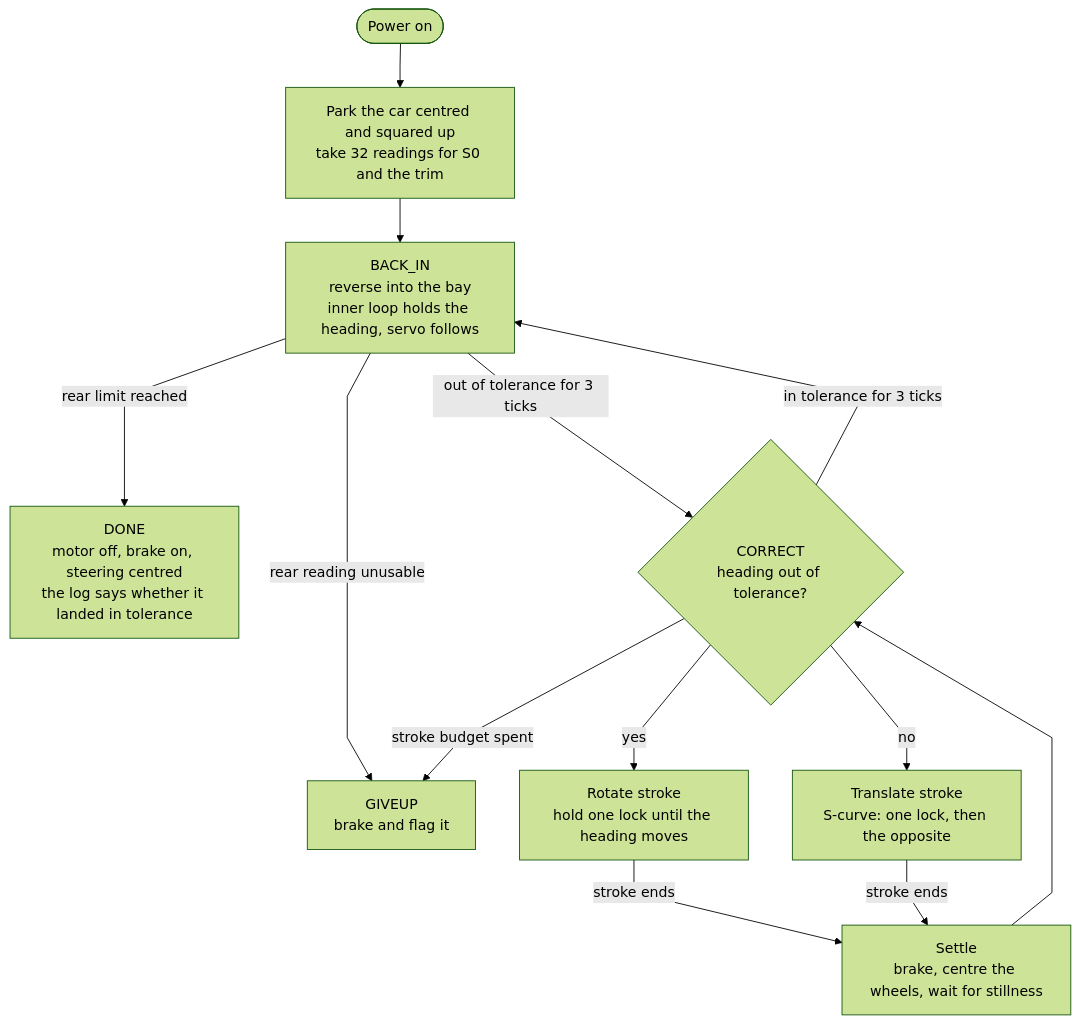
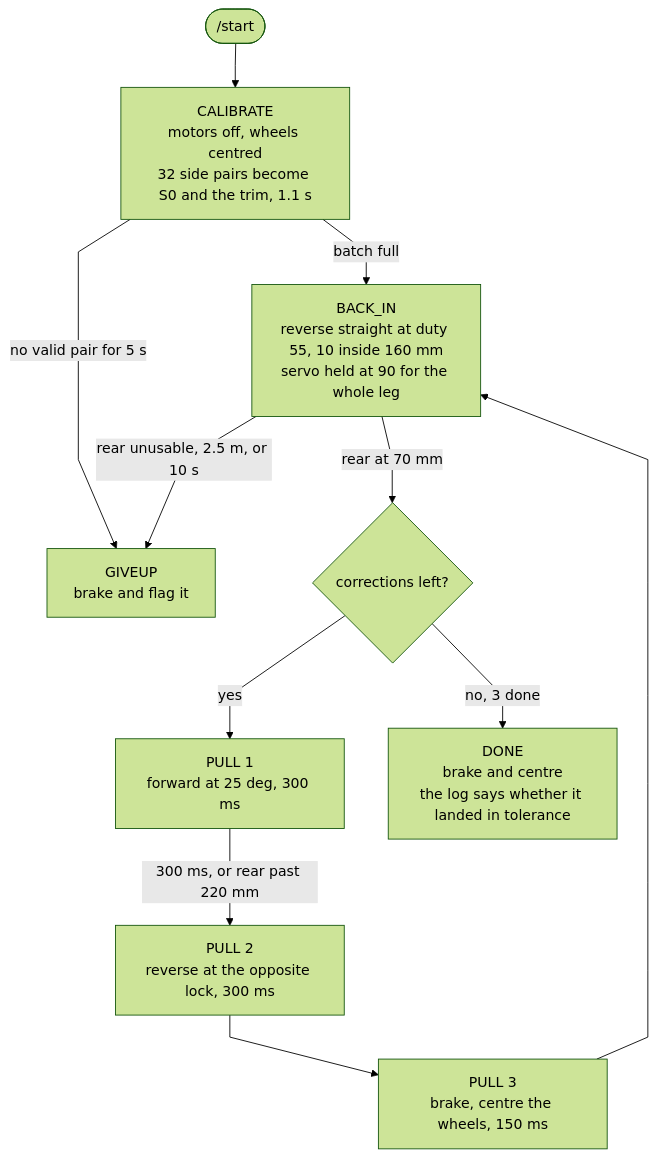
One commit to AndrewKHalim/Self-Parking-Car changed the diagram in README.md. Above: the diagram before and after it, drawn with Mermaid (forest theme). The commit also changed other lines of this file and 11 other files, not shown here.

````diff
--- a/README.md
+++ b/README.md
@@ -266,16 +268,14 @@
 ```mermaid
 %%{init: {'flowchart': {'curve': 'linear'}}}%%
 flowchart TD
-    start([Power on]) --> cal["Park the car centred and squared up<br/>take 32 readings for S0 and the trim"]
-    cal --> backin["BACK_IN<br/>reverse into the bay<br/>inner loop holds the heading, servo follows"]
-    backin -->|"rear limit reached"| done["DONE<br/>motor off, brake on, steering centred<br/>the log says whether it landed in tolerance"]
-    backin -->|"out of tolerance for 3 ticks"| correct{"CORRECT<br/>heading out of tolerance?"}
-    backin -->|"rear reading unusable"| giveup["GIVEUP<br/>brake and flag it"]
-    correct -->|yes| rotate["Rotate stroke<br/>hold one lock until the heading moves"]
-    correct -->|no| translate["Translate stroke<br/>S-curve: one lock, then the opposite"]
-    rotate -->|"stroke ends"| settle
-    translate -->|"stroke ends"| settle
-    settle["Settle<br/>brake, centre the wheels, wait for stillness"] --> correct
-    correct -->|"in tolerance for 3 ticks"| backin
-    correct -->|"stroke budget spent"| giveup
+    start(["/start"]) --> cal["CALIBRATE<br/>motors off, wheels centred<br/>32 side pairs become S0 and the trim, 1.1 s"]
+    cal -->|"batch full"| backin["BACK_IN<br/>reverse straight at duty 55, 10 inside 160 mm<br/>servo held at 90 for the whole leg"]
+    cal -->|"no valid pair for 5 s"| giveup
+    backin -->|"rear at 70 mm"| more{"corrections left?"}
+    more -->|"yes"| pull1["PULL 1<br/>forward at 25 deg, 300 ms"]
+    pull1 -->|"300 ms, or rear past 220 mm"| pull2["PULL 2<br/>reverse at the opposite lock, 300 ms"]
+    pull2 --> pull3["PULL 3<br/>brake, centre the wheels, 150 ms"]
+    pull3 --> backin
+    more -->|"no, 3 done"| done["DONE<br/>brake and centre<br/>the log says whether it landed in tolerance"]
+    backin -->|"rear unusable, 2.5 m, or 10 s"| giveup["GIVEUP<br/>brake and flag it"]
 ```
````
